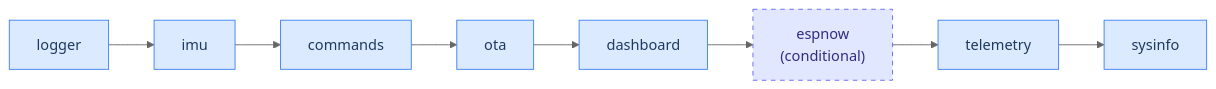
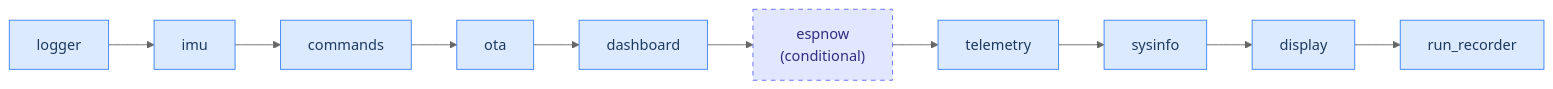
The first of 5 diagrams in docs/modules.md (jhyland87/Cryocooler-Controller), drawn with Mermaid (neutral theme) before and after one commit. The commit also changed other lines of this file and 38 other files, not shown here.

First line of the commit message:
run_recorder: keep 24 h of chart history in PSRAM and serve it to the dashboard

````diff
--- a/docs/modules.md
+++ b/docs/modules.md
@@ -194,10 +194,10 @@
 ```mermaid
 flowchart LR
     logger --> imu --> commands --> ota --> dashboard --> espnow["espnow
-    (conditional)"] --> telemetry --> sysinfo
+    (conditional)"] --> telemetry --> sysinfo --> display --> run_recorder
 
     classDef mod fill:#dbeafe,stroke:#3b82f6,color:#1e3a5f
     classDef cond fill:#e0e7ff,stroke:#6366f1,color:#312e81,stroke-dasharray: 5 5
-    class logger,imu,commands,ota,dashboard,telemetry,sysinfo mod
+    class logger,imu,commands,ota,dashboard,telemetry,sysinfo,display,run_recorder mod
     class espnow cond
 ```
````
